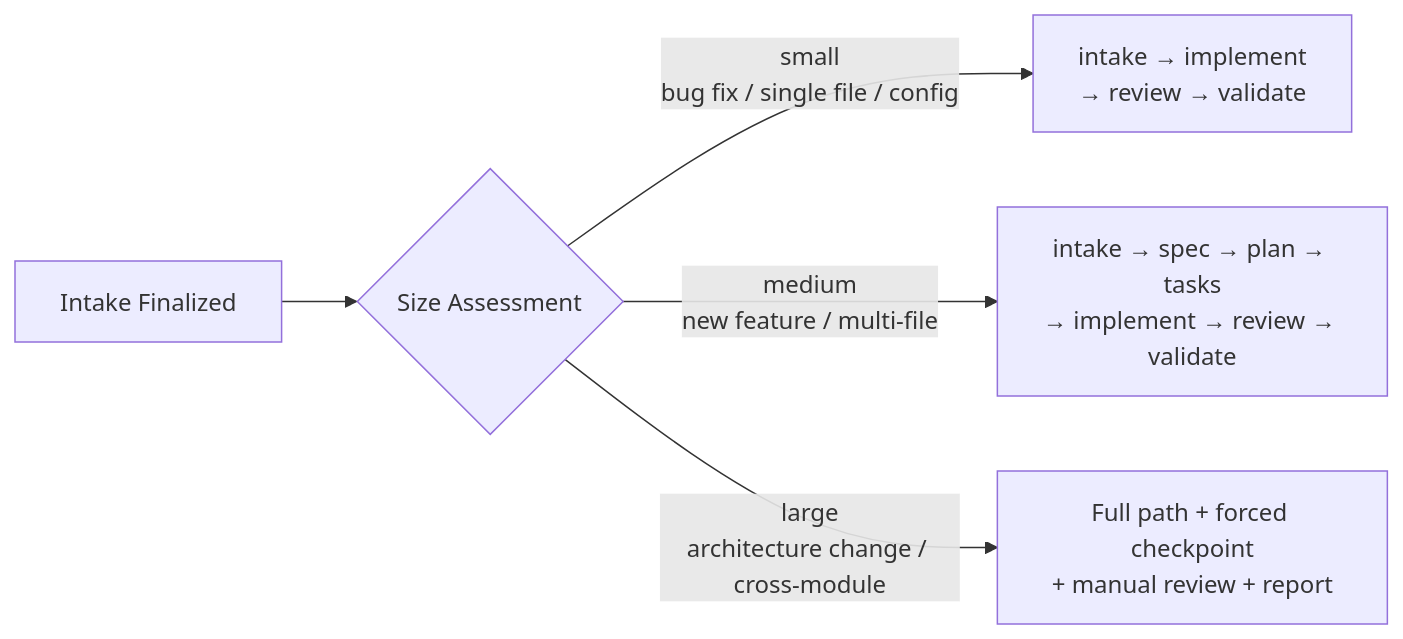
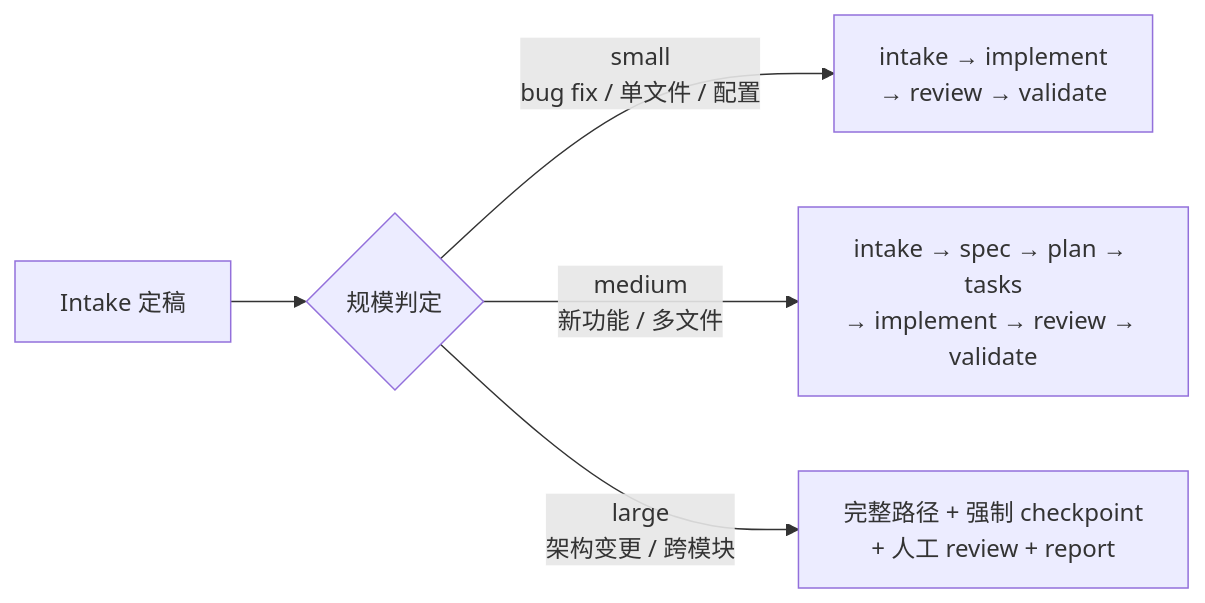
Before and after one commit to daydreamer258/opencode-sdd-pipeline: the sixth of 7 diagrams in ARCHITECTURE.md, drawn with Mermaid. The commit also changed other lines of this file and 1 other file, not shown here.

First line of the commit message:
将 README 和 ARCHITECTURE 改为中文，Quick Start 补充 AGENTS.md

````diff
--- a/ARCHITECTURE.md
+++ b/ARCHITECTURE.md
@@ -242,7 +242,7 @@
 ```mermaid
 flowchart LR
-    Intake[Intake Finalized] --> Size{Size Assessment}
-    Size -->|"small<br/>bug fix / single file / config"| PathS["intake → implement<br/>→ review → validate"]
-    Size -->|"medium<br/>new feature / multi-file"| PathM["intake → spec → plan → tasks<br/>→ implement → review → validate"]
-    Size -->|"large<br/>architecture change / cross-module"| PathL["Full path + forced checkpoint<br/>+ manual review + report"]
+    Intake[Intake 定稿] --> Size{规模判定}
+    Size -->|"small<br/>bug fix / 单文件 / 配置"| PathS["intake → implement<br/>→ review → validate"]
+    Size -->|"medium<br/>新功能 / 多文件"| PathM["intake → spec → plan → tasks<br/>→ implement → review → validate"]
+    Size -->|"large<br/>架构变更 / 跨模块"| PathL["完整路径 + 强制 checkpoint<br/>+ 人工 review + report"]
 ```
````
